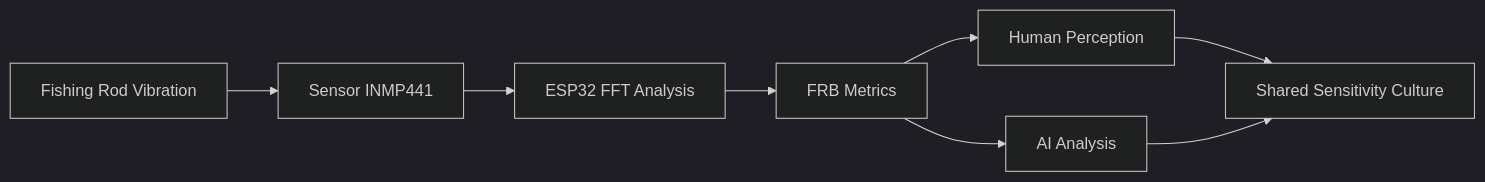
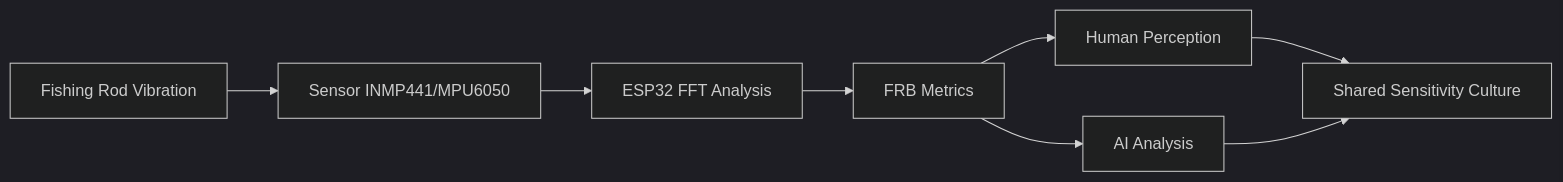
The third of 5 diagrams in README.md (tamasub/FRB), drawn with Mermaid (dark theme) before and after one commit. The commit also changed other lines of this file, not shown here.

````diff
--- a/README.md
+++ b/README.md
@@ -39,25 +70,13 @@
 ```mermaid
 flowchart LR
 
-A[Fishing Rod Vibration]
-B[Sensor INMP441]
-C[ESP32 FFT Analysis]
-D[FRB Metrics]
+A[Fishing Rod Vibration] --> B[Sensor INMP441/MPU6050]
+B --> C[ESP32 FFT Analysis]
+C --> D[FRB Metrics]
 
-E[Human Perception]
-F[AI Analysis]
+D --> E[Human Perception]
+D --> F[AI Analysis]
 
-G[Shared Sensitivity Culture]
-
-
-direction LR
-A --> B
-B --> C
-C --> D
-
-D --> E
-D --> F
-
-E --> G
+E --> G[Shared Sensitivity Culture]
 F --> G
 ```
````
